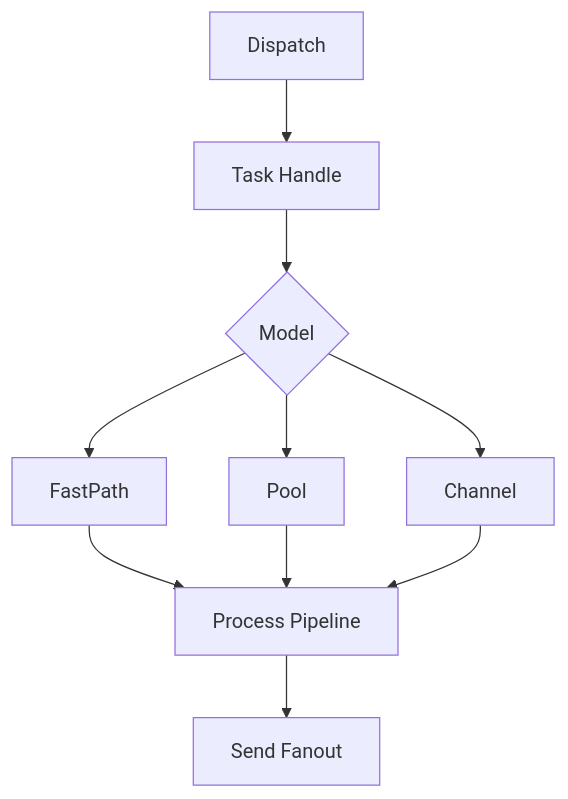
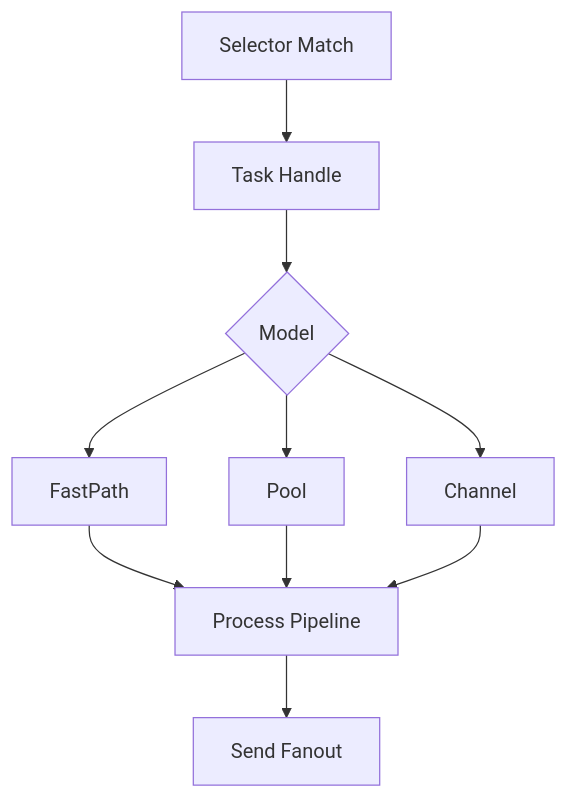
One commit to oublie6/forward-stub changed the first of 4 diagrams in docs/execution-model.md. Above: the diagram before and after it, drawn with Mermaid. The commit also changed other lines of this file and 39 other files, not shown here.

Commit message:
refactor: lift selector dispatch above tasks

````diff
--- a/docs/execution-model.md
+++ b/docs/execution-model.md
@@ -15,14 +15,14 @@
 ```mermaid
 flowchart TD
-  Disp[Dispatch] --> Task[Task Handle]
+  Sel[Selector Match] --> Task[Task Handle]
   Task --> Mode{Model}
 
   Mode --> Fast[FastPath]
   Mode --> Pool[Pool]
   Mode --> Chan[Channel]
 
   Fast --> Proc[Process Pipeline]
   Pool --> Proc
   Chan --> Proc
   Proc --> Send[Send Fanout]
 ```
````
